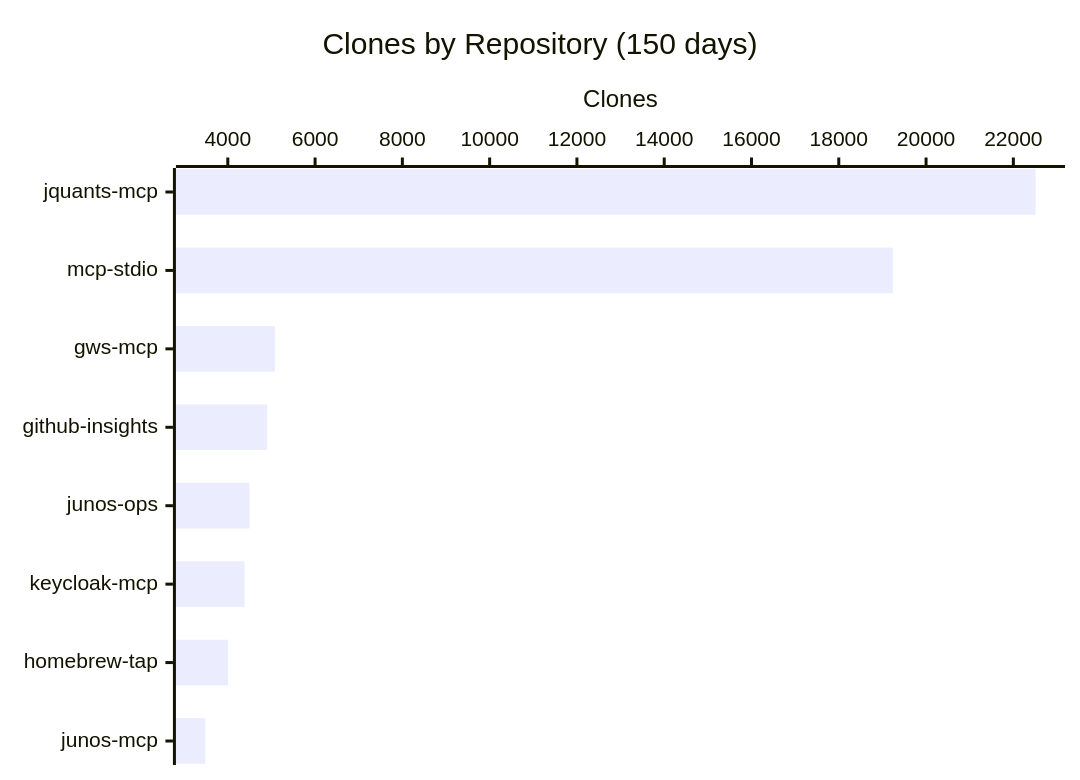
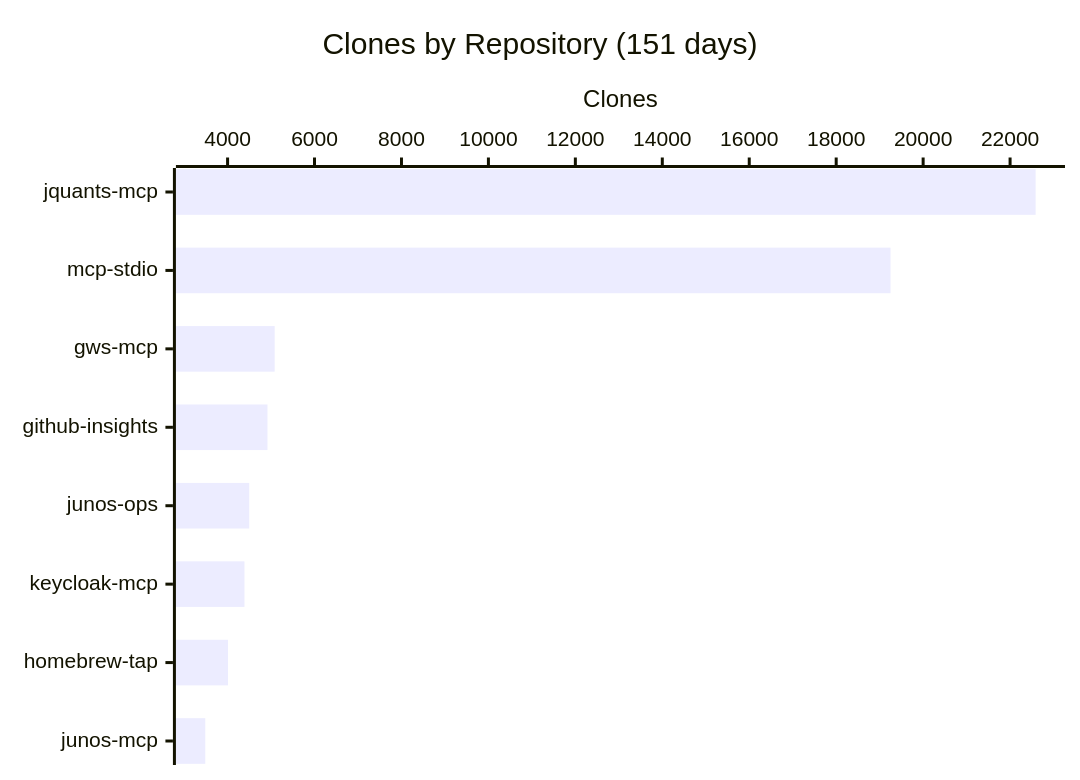
One commit to shigechika/github-insights changed the fourth of 4 diagrams in README.md. Above: the diagram before and after it, drawn with Mermaid. The commit also changed other lines of this file and 2 other files, not shown here.

````diff
--- a/README.md
+++ b/README.md
@@ -58,7 +58,7 @@
 ```mermaid
 xychart-beta horizontal
-    title "Clones by Repository (150 days)"
+    title "Clones by Repository (151 days)"
     x-axis ["jquants-mcp", "mcp-stdio", "gws-mcp", "github-insights", "junos-ops", "keycloak-mcp", "homebrew-tap", "junos-mcp"]
     y-axis "Clones"
-    bar [22511, 19241, 5080, 4900, 4496, 4383, 4008, 3484]
+    bar [22588, 19250, 5083, 4918, 4498, 4388, 4009, 3487]
 ```
````
